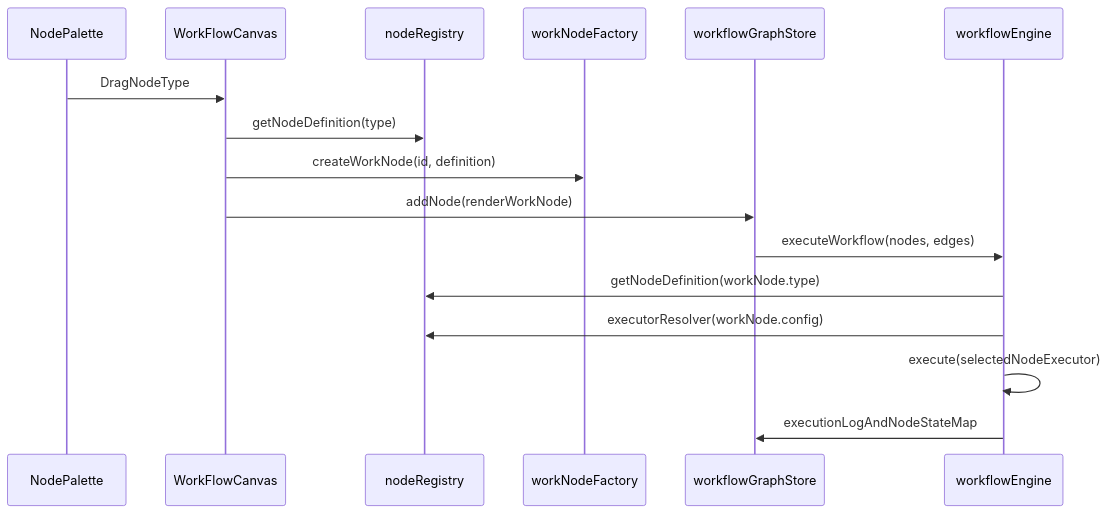
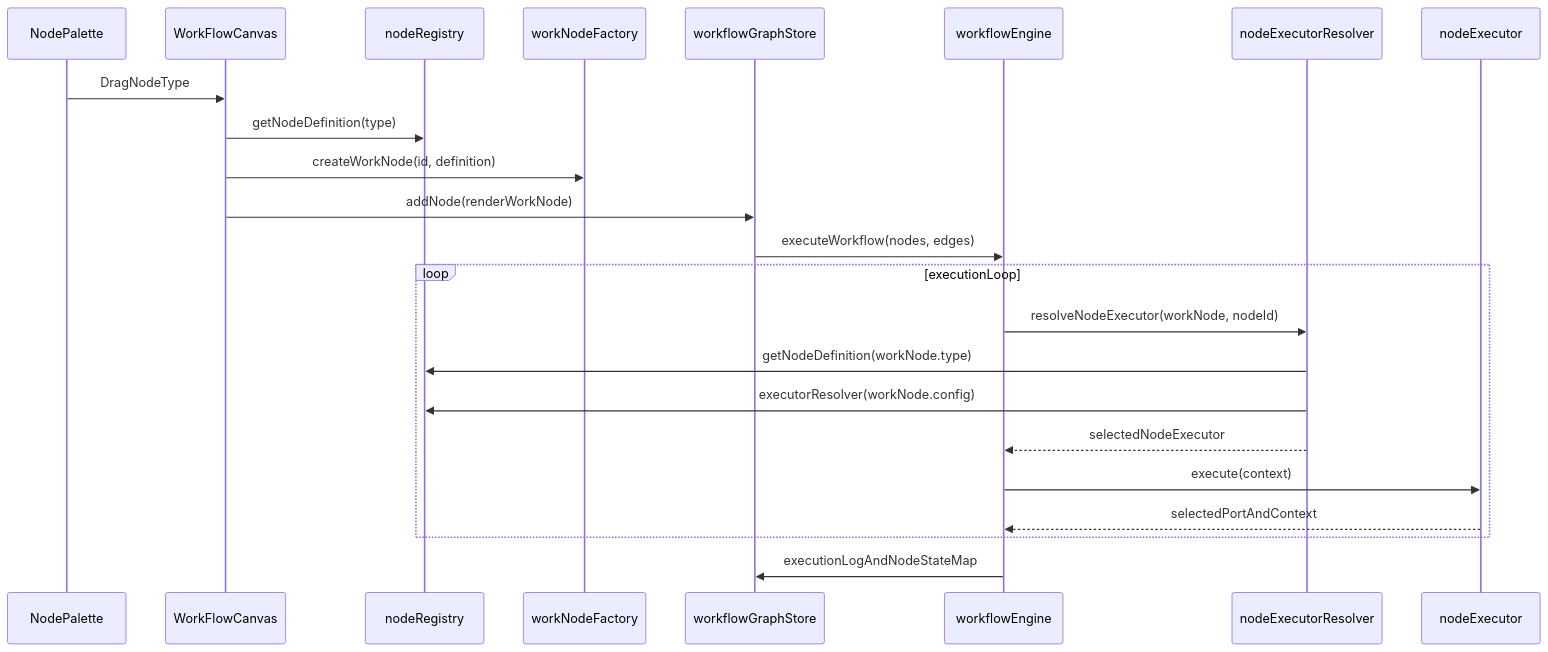
The third of 4 diagrams in README.md (ashwaniarya/visual-workflow-studio), drawn with Mermaid before and after one commit. The commit also changed other lines of this file, not shown here.

First line of the commit message:
Refine README.md to clarify workflow engine operation and enhance documentation

````diff
--- a/README.md
+++ b/README.md
@@ -157,19 +144,26 @@
 ```mermaid
 sequenceDiagram
   participant Palette as NodePalette
   participant Canvas as WorkFlowCanvas
   participant Registry as nodeRegistry
   participant Factory as workNodeFactory
   participant Graph as workflowGraphStore
   participant Engine as workflowEngine
+  participant Resolver as nodeExecutorResolver
+  participant SelectedExecutor as nodeExecutor
 
   Palette->>Canvas: DragNodeType
   Canvas->>Registry: getNodeDefinition(type)
   Canvas->>Factory: createWorkNode(id, definition)
   Canvas->>Graph: addNode(renderWorkNode)
   Graph->>Engine: executeWorkflow(nodes, edges)
-  Engine->>Registry: getNodeDefinition(workNode.type)
-  Engine->>Registry: executorResolver(workNode.config)
-  Engine->>Engine: execute(selectedNodeExecutor)
+  loop executionLoop
+    Engine->>Resolver: resolveNodeExecutor(workNode, nodeId)
+    Resolver->>Registry: getNodeDefinition(workNode.type)
+    Resolver->>Registry: executorResolver(workNode.config)
+    Resolver-->>Engine: selectedNodeExecutor
+    Engine->>SelectedExecutor: execute(context)
+    SelectedExecutor-->>Engine: selectedPortAndContext
+  end
   Engine->>Graph: executionLogAndNodeStateMap
 ```
````
